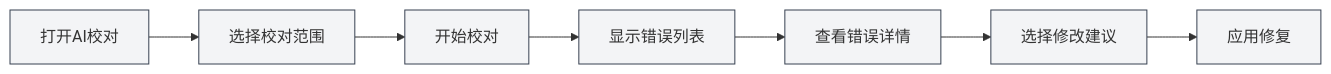
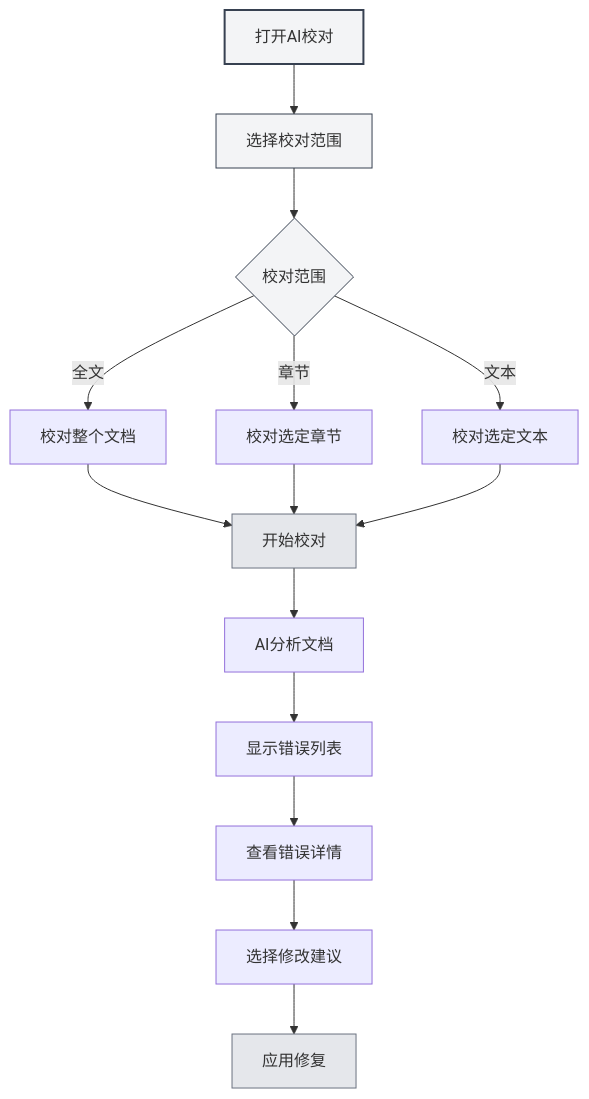
The first of 3 diagrams in meta-doc/src/renderer/src/manuals/zh_CN/ai/proofread.md (JaredYe04/MetaDoc), drawn with Mermaid before and after one commit. The commit also changed other lines of this file and 76 other files, not shown here.

````diff
--- a/meta-doc/src/renderer/src/manuals/zh_CN/ai/proofread.md
+++ b/meta-doc/src/renderer/src/manuals/zh_CN/ai/proofread.md
@@ -28,16 +32,21 @@
 ```mermaid
-graph LR
+graph TB
     A[打开AI校对] --> B[选择校对范围]
-    B --> C[开始校对]
-    C --> D[显示错误列表]
-    D --> E[查看错误详情]
-    E --> F[选择修改建议]
-    F --> G[应用修复]
-    style A fill:#f3f4f6,stroke:#374151
+    B --> C{校对范围}
+    C -->|全文| D[校对整个文档]
+    C -->|章节| E[校对选定章节]
+    C -->|文本| F[校对选定文本]
+    D --> G[开始校对]
+    E --> G
+    F --> G
+    G --> H[AI分析文档]
+    H --> I[显示错误列表]
+    I --> J[查看错误详情]
+    J --> K[选择修改建议]
+    K --> L[应用修复]
+    style A fill:#f3f4f6,stroke:#374151,stroke-width:2px
     style B fill:#f3f4f6,stroke:#374151
     style C fill:#f3f4f6,stroke:#374151
-    style D fill:#f3f4f6,stroke:#374151
-    style E fill:#f3f4f6,stroke:#374151
-    style F fill:#f3f4f6,stroke:#374151
-    style G fill:#f3f4f6,stroke:#374151
+    style G fill:#e5e7eb,stroke:#6b7280
+    style L fill:#e5e7eb,stroke:#6b7280
 ```
````
